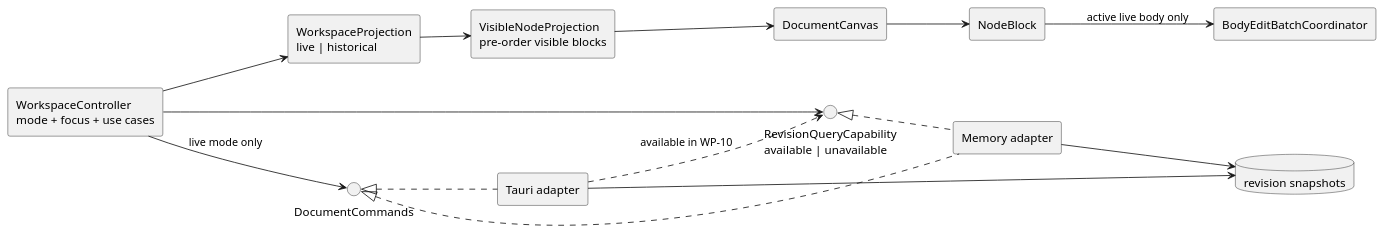
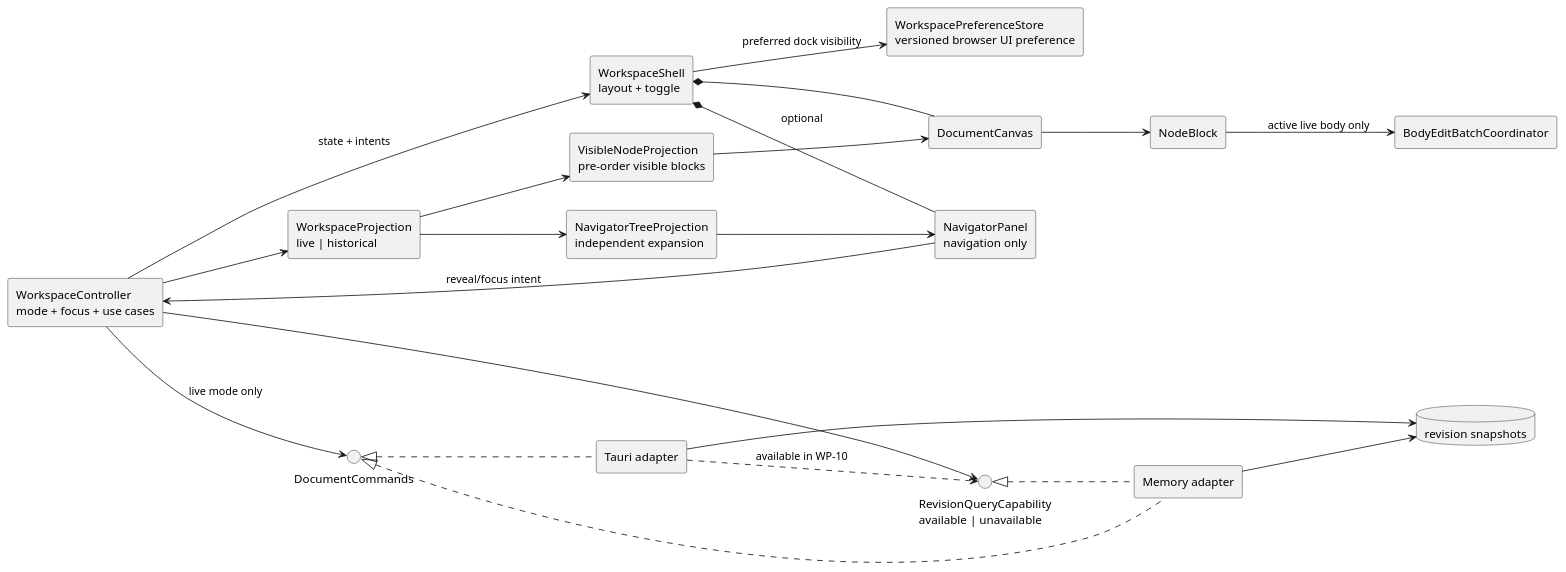
The first of 2 diagrams in docs/proposals/README.md (benoit-gl/coedit), drawn with PlantUML before and after one commit. The commit also changed other lines of this file and 19 other files, not shown here.

````diff
--- a/docs/proposals/README.md
+++ b/docs/proposals/README.md
@@ -37,32 +38,43 @@
 ```plantuml
 @startuml
 skinparam componentStyle rectangle
 left to right direction
 
 component "WorkspaceController\nmode + focus + use cases" as Controller
 component "WorkspaceProjection\nlive | historical" as Workspace
 component "VisibleNodeProjection\npre-order visible blocks" as Projection
+component "NavigatorTreeProjection\nindependent expansion" as NavProjection
+component "WorkspaceShell\nlayout + toggle" as Shell
 component "DocumentCanvas" as Canvas
+component "NavigatorPanel\nnavigation only" as Navigator
 component "NodeBlock" as Block
 component "BodyEditBatchCoordinator" as Batch
+component "WorkspacePreferenceStore\nversioned browser UI preference" as Preferences
 interface "RevisionQueryCapability\navailable | unavailable" as Queries
 interface "DocumentCommands" as Commands
 component "Memory adapter" as Memory
 component "Tauri adapter" as Tauri
 database "revision snapshots" as Snapshots
 
 Controller --> Workspace
 Workspace --> Projection
+Workspace --> NavProjection
+Controller --> Shell : state + intents
+Shell *-- Canvas
+Shell *-- Navigator : optional
 Projection --> Canvas
+NavProjection --> Navigator
+Navigator --> Controller : reveal/focus intent
+Shell --> Preferences : preferred dock visibility
 Canvas --> Block
 Block --> Batch : active live body only
 Controller --> Queries
 Controller --> Commands : live mode only
 Queries <|.. Memory
 Tauri ..> Queries : available in WP-10
 Commands <|.. Memory
 Commands <|.. Tauri
 Memory --> Snapshots
 Tauri --> Snapshots
 @enduml
 ```
````
